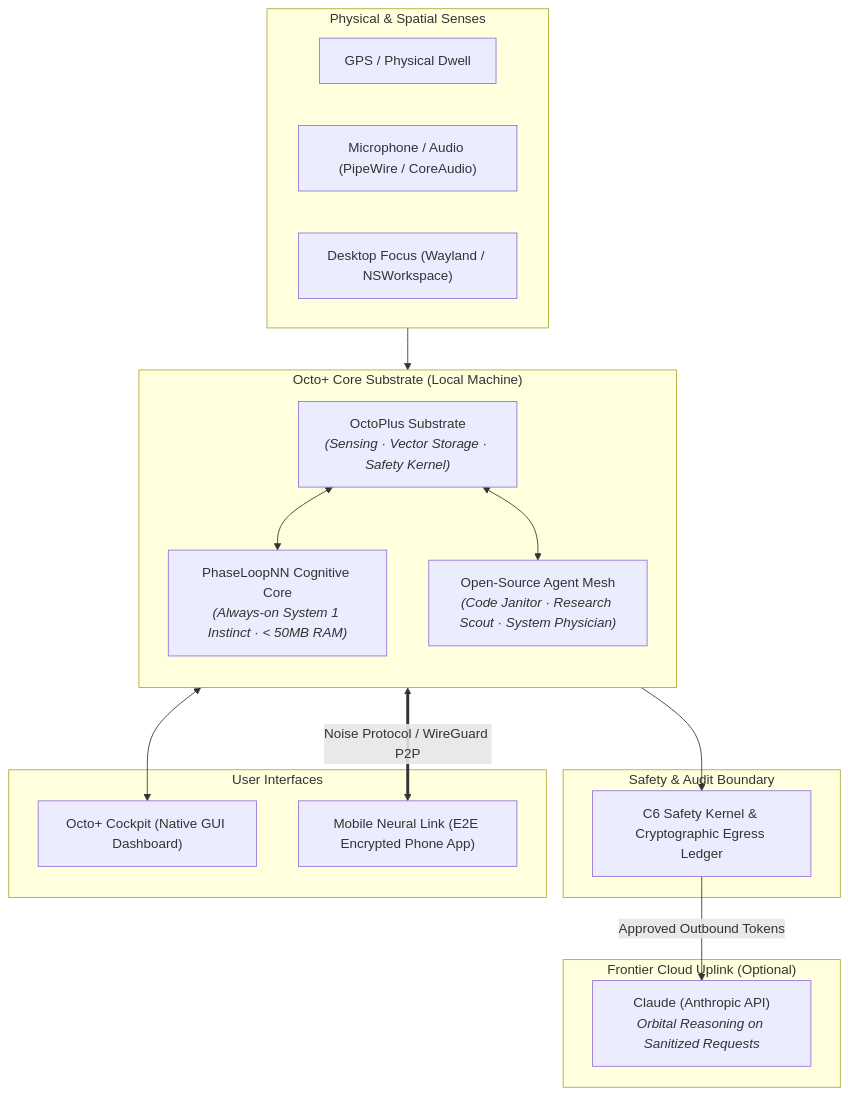
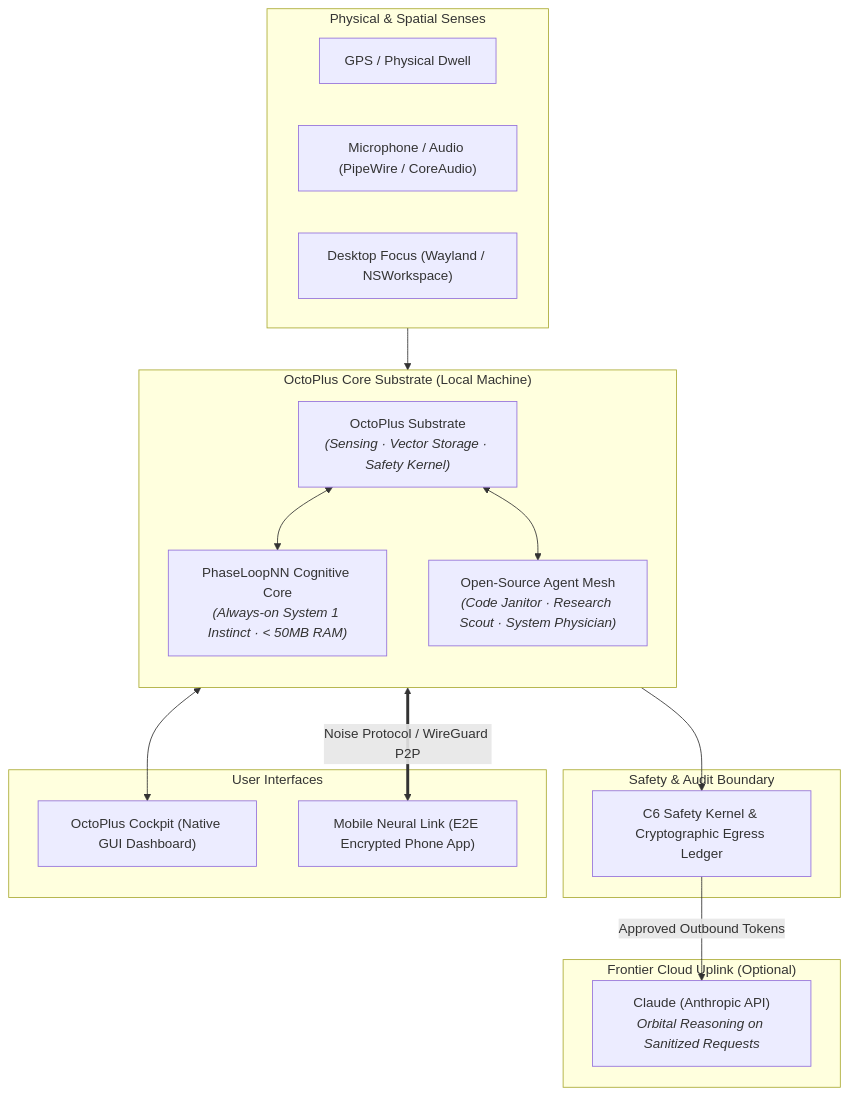
Before and after one commit to bhanot-99/OctoPlus: the diagram in docs/octo-plus-vision.md, drawn with Mermaid. The commit also changed other lines of this file and 4 other files, not shown here.

````diff
--- a/docs/octo-plus-vision.md
+++ b/docs/octo-plus-vision.md
@@ -27,37 +27,37 @@
 ```mermaid
 flowchart TD
     subgraph PhysicalWorld ["Physical & Spatial Senses"]
         GPS["GPS / Physical Dwell"]
         Mic["Microphone / Audio (PipeWire / CoreAudio)"]
         Display["Desktop Focus (Wayland / NSWorkspace)"]
     end
 
-    subgraph OctoCore ["Octo+ Core Substrate (Local Machine)"]
+    subgraph OctoCore ["OctoPlus Core Substrate (Local Machine)"]
         direction TB
         OctoPlus["OctoPlus Substrate<br/><i>(Sensing · Vector Storage · Safety Kernel)</i>"]
         PhaseLoop["PhaseLoopNN Cognitive Core<br/><i>(Always-on System 1 Instinct · < 50MB RAM)</i>"]
         AgentMesh["Open-Source Agent Mesh<br/><i>(Code Janitor · Research Scout · System Physician)</i>"]
         
         OctoPlus <--> PhaseLoop
         OctoPlus <--> AgentMesh
     end
 
     subgraph SecurityGate ["Safety & Audit Boundary"]
         Gate["C6 Safety Kernel & Cryptographic Egress Ledger"]
     end
 
     subgraph Uplink ["Frontier Cloud Uplink (Optional)"]
         Claude["Claude (Anthropic API)<br/><i>Orbital Reasoning on Sanitized Requests</i>"]
     end
 
     subgraph UserSurfaces ["User Interfaces"]
-        Cockpit["Octo+ Cockpit (Native GUI Dashboard)"]
+        Cockpit["OctoPlus Cockpit (Native GUI Dashboard)"]
         Mobile["Mobile Neural Link (E2E Encrypted Phone App)"]
     end
 
     PhysicalWorld --> OctoPlus
     OctoCore --> Gate
     Gate -- "Approved Outbound Tokens" --> Claude
     OctoCore <--> Cockpit
     OctoCore <== "Noise Protocol / WireGuard P2P" ==> Mobile
 ```
````
